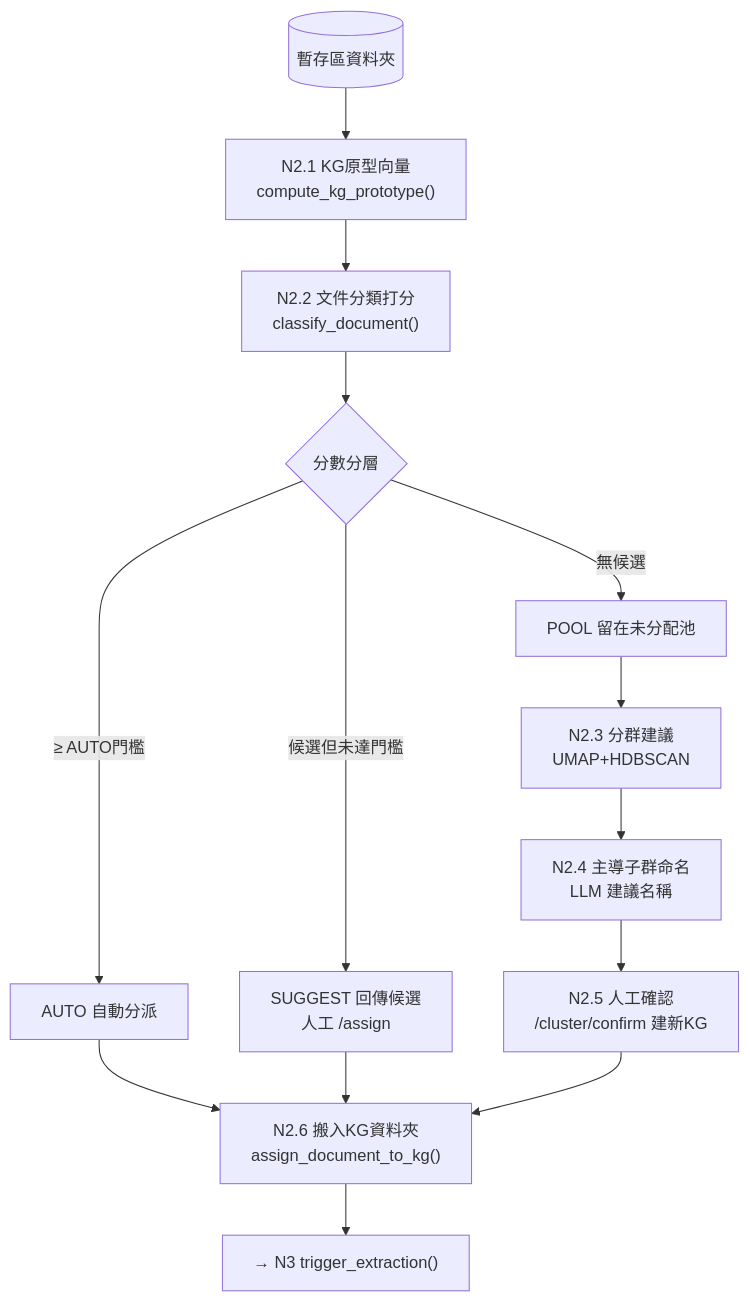
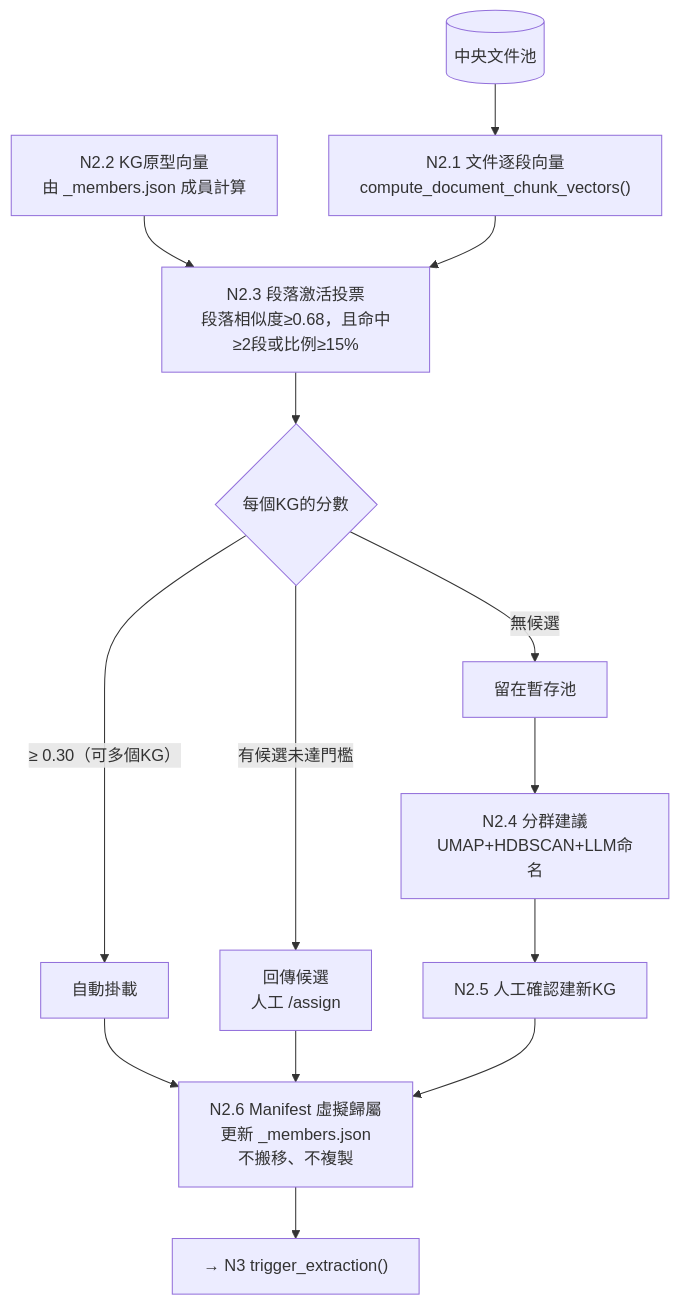
One commit to Chester930/world-knowledge-graph-rag changed the third of 13 diagrams in docs/報告/95_專案節點流程總覽與設計說明.md. Above: the diagram before and after it, drawn with Mermaid. The commit also changed other lines of this file and 1 other file, not shown here.

````diff
--- a/docs/報告/95_專案節點流程總覽與設計說明.md
+++ b/docs/報告/95_專案節點流程總覽與設計說明.md
@@ -162,14 +148,14 @@
 ```mermaid
 flowchart TD
-    S[("暫存區資料夾")] --> C1["N2.1 KG原型向量<br/>compute_kg_prototype()"]
-    C1 --> C2["N2.2 文件分類打分<br/>classify_document()"]
-    C2 --> D{"分數分層"}
-    D -- "≥ AUTO門檻" --> A1["AUTO 自動分派"]
-    D -- "候選但未達門檻" --> A2["SUGGEST 回傳候選<br/>人工 /assign"]
-    D -- "無候選" --> A3["POOL 留在未分配池"]
-    A3 --> CL["N2.3 分群建議<br/>UMAP+HDBSCAN"]
-    CL --> NM["N2.4 主導子群命名<br/>LLM 建議名稱"]
-    NM --> HC["N2.5 人工確認<br/>/cluster/confirm 建新KG"]
-    A1 & A2 & HC --> MV["N2.6 搬入KG資料夾<br/>assign_document_to_kg()"]
-    MV --> T["→ N3 trigger_extraction()"]
+    S[("中央文件池")] --> V["N2.1 文件逐段向量<br/>compute_document_chunk_vectors()"]
+    P["N2.2 KG原型向量<br/>由 _members.json 成員計算"] --> VOTE
+    V --> VOTE["N2.3 段落激活投票<br/>段落相似度≥0.68，且命中≥2段或比例≥15%"]
+    VOTE --> D{"每個KG的分數"}
+    D -- "≥ 0.30（可多個KG）" --> A1["自動掛載"]
+    D -- "有候選未達門檻" --> A2["回傳候選<br/>人工 /assign"]
+    D -- "無候選" --> A3["留在暫存池"]
+    A3 --> CL["N2.4 分群建議<br/>UMAP+HDBSCAN+LLM命名"]
+    CL --> HC["N2.5 人工確認建新KG"]
+    A1 & A2 & HC --> MF["N2.6 Manifest 虛擬歸屬<br/>更新 _members.json<br/>不搬移、不複製"]
+    MF --> T["→ N3 trigger_extraction()"]
 ```
````
